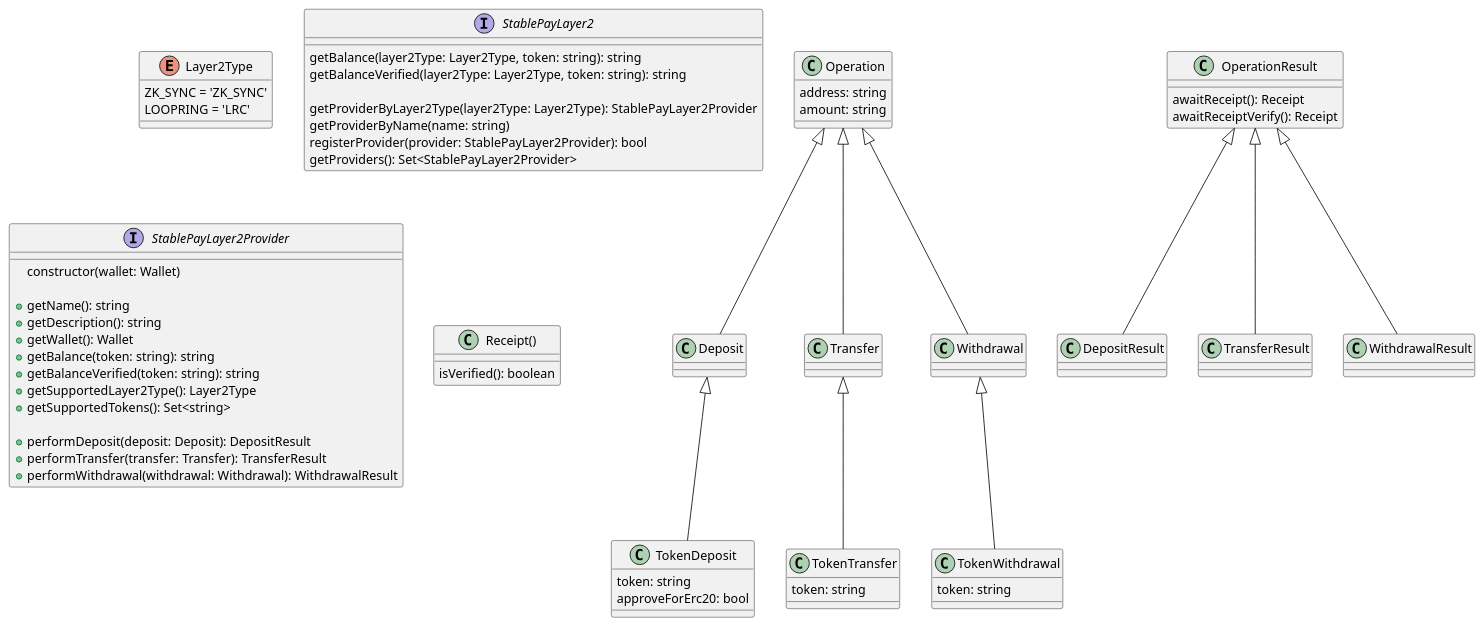
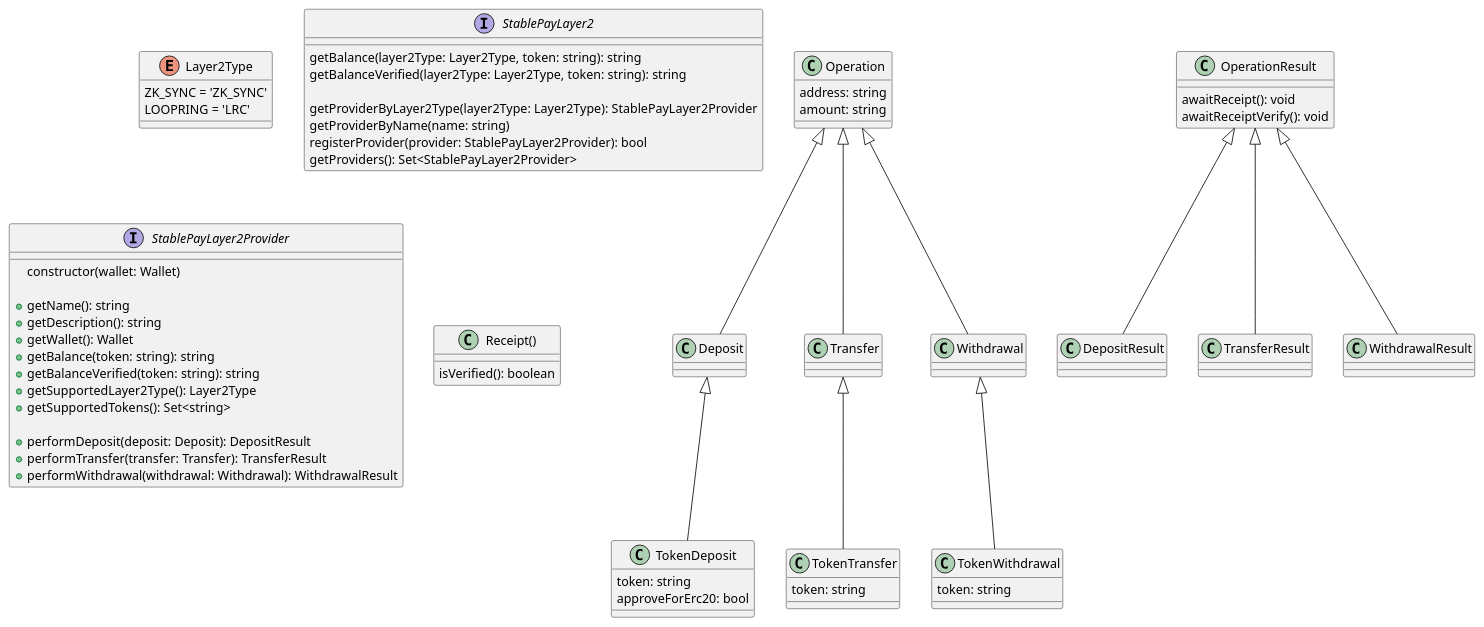
The diagram in docs/design.puml (isekai0/sdk_l2), drawn with PlantUML before and after one commit. The commit also changed 5 other files, not shown here.

```diff
--- a/docs/design.puml
+++ b/docs/design.puml
@@ -1,151 +1,151 @@
 @startuml covid sos datamodel
 
 enum Layer2Type {
   ZK_SYNC = 'ZK_SYNC'
   LOOPRING = 'LRC'
 }
 
 class Operation {
   address: string
   amount: string
 }
 
 class Deposit {
 }
 Operation <|-- Deposit
 class TokenDeposit {
   token: string
   approveForErc20: bool
 }
 Deposit <|-- TokenDeposit
 
 class Transfer {
 }
 Operation <|-- Transfer
 class TokenTransfer {
   token: string
 }
 Transfer <|-- TokenTransfer
 
 class Withdrawal {
 }
 Operation <|-- Withdrawal
 class TokenWithdrawal {
   token: string
 }
 Withdrawal <|-- TokenWithdrawal
 
 
 interface StablePayLayer2 {
   getBalance(layer2Type: Layer2Type, token: string): string
   getBalanceVerified(layer2Type: Layer2Type, token: string): string
 
   getProviderByLayer2Type(layer2Type: Layer2Type): StablePayLayer2Provider
   getProviderByName(name: string)
   registerProvider(provider: StablePayLayer2Provider): bool
   getProviders(): Set<StablePayLayer2Provider>
 }
 
 interface StablePayLayer2Provider {
   constructor(wallet: Wallet)
 
   + getName(): string
   + getDescription(): string
   + getWallet(): Wallet
   + getBalance(token: string): string
   + getBalanceVerified(token: string): string
   + getSupportedLayer2Type(): Layer2Type
   + getSupportedTokens(): Set<string>
 
   + performDeposit(deposit: Deposit): DepositResult
   + performTransfer(transfer: Transfer): TransferResult
   + performWithdrawal(withdrawal: Withdrawal): WithdrawalResult
 }
 
 class OperationResult {
-  awaitReceipt(): Receipt
-  awaitReceiptVerify(): Receipt
+  awaitReceipt(): void
+  awaitReceiptVerify(): void
 }
 
 class DepositResult {
 }
 OperationResult <|-- DepositResult
 
 class TransferResult {
 }
 OperationResult <|-- TransferResult
 
 class WithdrawalResult {
 }
 OperationResult <|-- WithdrawalResult
 
 class Receipt() {
   isVerified(): boolean
 }
 
 
 
 ' class CollectionCenter {
 '   *name: string
 '   address : string
 '   *email: string
 '   province: string
 '   canton: string
 '   distrito: string
 '   exactAddress: string
 ' }
 
 ' class Manager {
 '   *documentId: string
 ' }
 
 ' class Carrier {
 '   *address : string
 ' }
 
 ' class Merchandise {
 '   *arrivalTime: DateTime
 '   *collectionCenter: CollectionCenter
 '   *photo: Image
 '   description: string
 '   departureTime: DateTime
 ' }
 
 ' class AidPackage {
 '   *beneficiary: Beneficiary
 '   *status: AidPackageStatusType
 '   *description: string
 '   *photo: Image
 '   *collectionCenter: CollectionCenter
 '   carrier: Carrier
 ' }
 
 ' enum RoleType {
 '   Director = 4
 '   Manager = 3
 '   Carrier = 2
 '   Visitor = 1
 '   Beneficiary = 0
 ' }
 
 ' enum AidPackageStatusType {
 '   New
 '   Approved
 '   Rejected
 '   InTransit
 '   Delivered
 ' }
 
 ' enum BeneficiaryType {
 '   Critical = 3
 '   Accepted = 2
 '   Rejected = 1
 ' }
 
 ' AidPackage "0..*" -- "1" CollectionCenter
 ' Manager "0..1" -- "1..* centers" CollectionCenter : manage >
 ' CollectionCenter "  1 collectionCenter" -- "0..* products" Merchandise : has >
 ' Carrier "0..1 carrier" -- AidPackage : delivers >
 ' Carrier "0..*" -- "0..1" CollectionCenter : affiliated to >
 ' Beneficiary "1 beneficiary" -- AidPackage : AidPackages >
 @enduml
```
